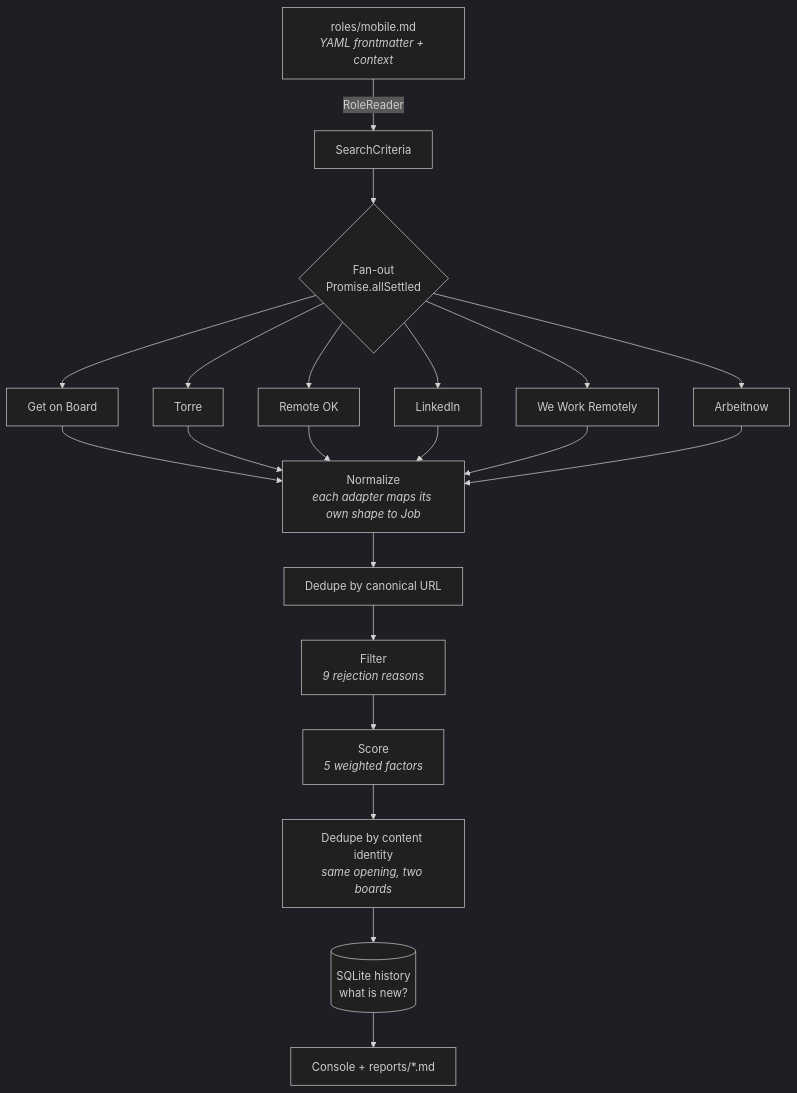
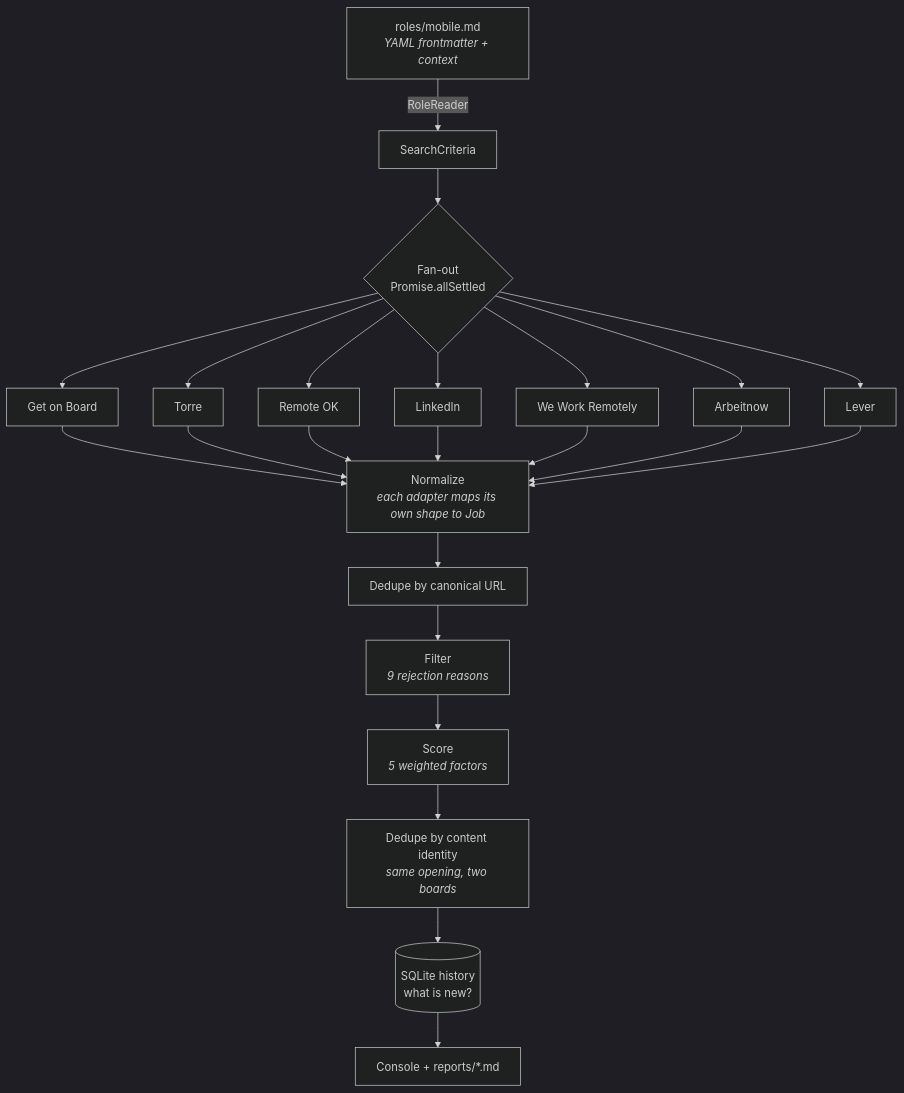
One commit to jesersu/searchJob changed the first of 6 diagrams in docs/ARCHITECTURE.md. Above: the diagram before and after it, drawn with Mermaid (dark theme). The commit also changed other lines of this file and 6 other files, not shown here.

````diff
--- a/docs/ARCHITECTURE.md
+++ b/docs/ARCHITECTURE.md
@@ -26,20 +26,21 @@
 ```mermaid
 flowchart TD
     A["roles/mobile.md<br/><i>YAML frontmatter + context</i>"] -->|RoleReader| B["SearchCriteria"]
     B --> C{"Fan-out<br/>Promise.allSettled"}
 
     C --> S1["Get on Board"]
     C --> S2["Torre"]
     C --> S3["Remote OK"]
     C --> S4["LinkedIn"]
     C --> S5["We Work Remotely"]
     C --> S6["Arbeitnow"]
+    C --> S7["Lever"]
 
-    S1 & S2 & S3 & S4 & S5 & S6 --> N["Normalize<br/><i>each adapter maps its own shape to Job</i>"]
+    S1 & S2 & S3 & S4 & S5 & S6 & S7 --> N["Normalize<br/><i>each adapter maps its own shape to Job</i>"]
     N --> D1["Dedupe by canonical URL"]
     D1 --> F["Filter<br/><i>9 rejection reasons</i>"]
     F --> R["Score<br/><i>5 weighted factors</i>"]
     R --> D2["Dedupe by content identity<br/><i>same opening, two boards</i>"]
     D2 --> H[("SQLite history<br/>what is new?")]
     H --> O["Console + reports/*.md"]
 ```
````
